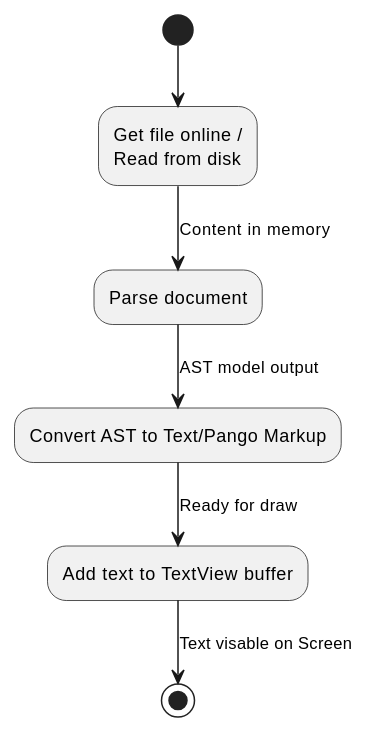
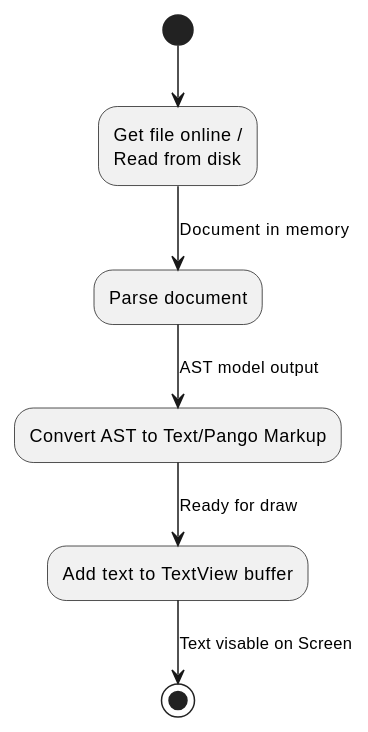
The second of 2 diagrams in docs/diagrams.md (LibreWeb/LibreWeb-Browser), drawn with PlantUML before and after one commit.

Commit message:
Change to doc

````diff
--- a/docs/diagrams.md
+++ b/docs/diagrams.md
@@ -28,7 +28,7 @@
 ```plantuml
 (*) --> "Get file online /\nRead from disk"
--->[Content in memory] "Parse document"
+-->[Document in memory] "Parse document"
 -->[AST model output] "Convert AST to Text/Pango Markup"
 -->[Ready for draw] "Add text to TextView buffer"
 -->[Text visable on Screen] (*)
 ```
````
